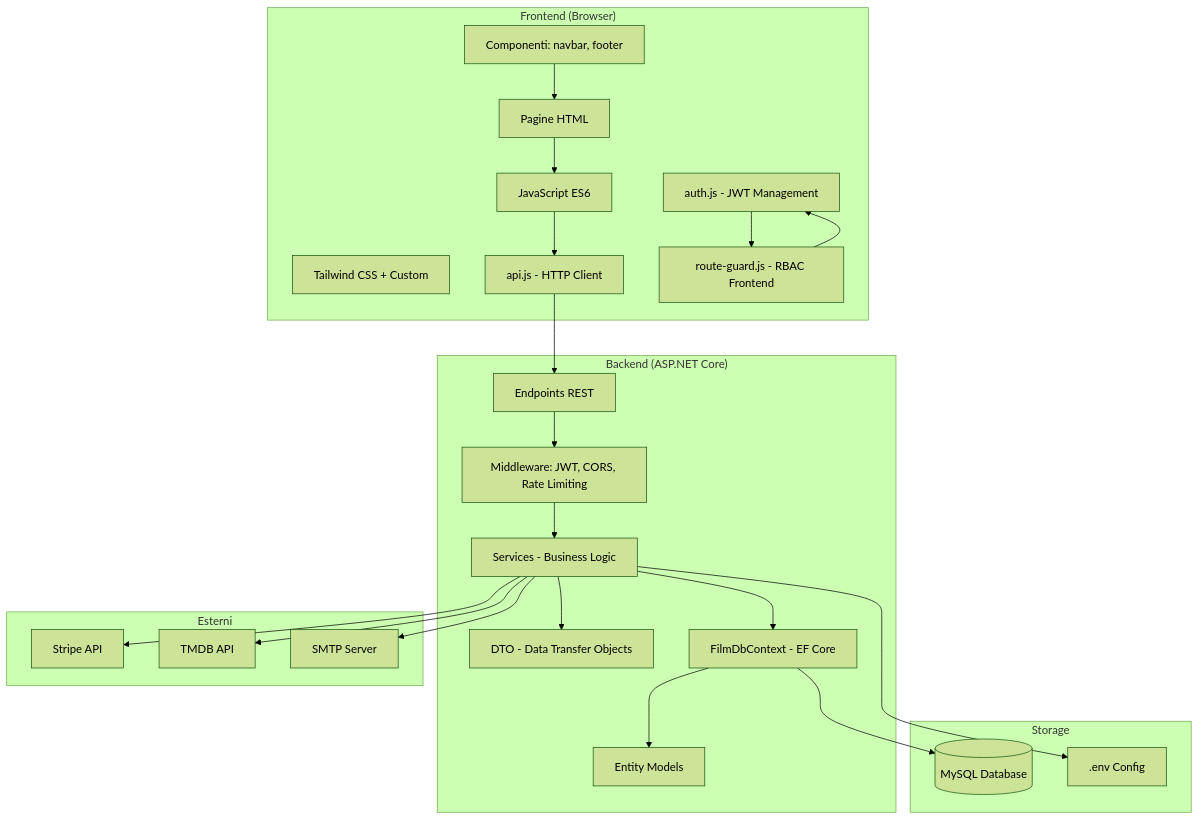
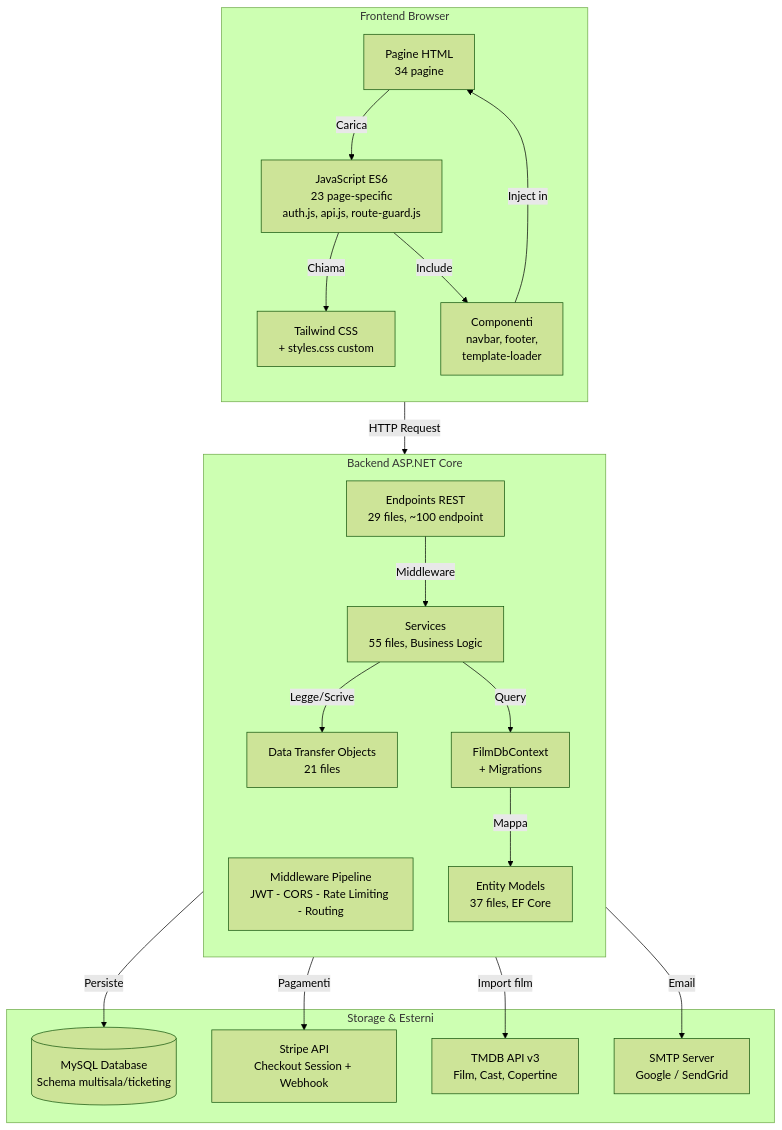
The first of 5 diagrams in film-app-dev_iteration_4/presentazione/01-architettura.md (RizzoThomas/esercizioopencodefilm), drawn with Mermaid (forest theme) before and after one commit. The commit also changed other lines of this file and 10 other files, not shown here.

Commit message:
docs: enhance presentazione with tables, pie charts, and detailed workflows

````diff
--- a/film-app-dev_iteration_4/presentazione/01-architettura.md
+++ b/film-app-dev_iteration_4/presentazione/01-architettura.md
@@ -28,51 +47,43 @@
 ```mermaid
 graph TB
-    subgraph "Frontend (Browser)"
-        HTML[Pagine HTML]
-        JS[JavaScript ES6]
-        CSS[Tailwind CSS + Custom]
-        AUTH[auth.js - JWT Management]
-        API[api.js - HTTP Client]
-        ROUTE[route-guard.js - RBAC Frontend]
-        COMP[Componenti: navbar, footer]
+    subgraph "Frontend Browser"
+        direction TB
+        HTML["Pagine HTML<br/>34 pagine"]
+        JS["JavaScript ES6<br/>23 page-specific<br/>auth.js, api.js, route-guard.js"]
+        CSS["Tailwind CSS<br/>+ styles.css custom"]
+        COMP["Componenti<br/>navbar, footer,<br/>template-loader"]
     end
 
-    subgraph "Backend (ASP.NET Core)"
-        API_END[Endpoints REST]
-        SVC[Services - Business Logic]
-        DTO[DTO - Data Transfer Objects]
-        MODEL[Entity Models]
-        DBCTX[FilmDbContext - EF Core]
-        MIDDL[Middleware: JWT, CORS, Rate Limiting]
+    subgraph "Backend ASP.NET Core"
+        direction TB
+        PRES[Middleware Pipeline<br/>JWT - CORS - Rate Limiting - Routing]
+        EP[Endpoints REST<br/>29 files, ~100 endpoint]
+        SVC[Services<br/>55 files, Business Logic]
+        DTO[Data Transfer Objects<br/>21 files]
+        MODEL[Entity Models<br/>37 files, EF Core]
+        DBCTX[FilmDbContext<br/>+ Migrations]
     end
 
-    subgraph "Storage"
-        MYSQL[(MySQL Database)]
-        ENV[.env Config]
+    subgraph "Storage & Esterni"
+        DB[(MySQL Database<br/>Schema multisala/ticketing)]
+        STRIPE["Stripe API<br/>Checkout Session + Webhook"]
+        TMDB["TMDB API v3<br/>Film, Cast, Copertine"]
+        SMTP["SMTP Server<br/>Google / SendGrid"]
     end
 
-    subgraph "Esterni"
-        STRIPE[Stripe API]
-        TMDB[TMDB API]
-        SMTP[SMTP Server]
-    end
+    HTML -->|Carica| JS
+    JS -->|Chiama| CSS
+    JS -->|Include| COMP
+    COMP -->|Inject in| HTML
 
-    HTML --> JS
-    JS --> API
-    API --> API_END
-    AUTH --> ROUTE
-    ROUTE --> AUTH
-    COMP --> HTML
+    JS -->|HTTP Request| EP
+    EP -->|Middleware| SVC
+    SVC -->|Legge/Scrive| DTO
+    SVC -->|Query| DBCTX
+    DBCTX -->|Mappa| MODEL
+    DBCTX -->|Persiste| DB
 
-    API_END --> MIDDL
-    MIDDL --> SVC
-    SVC --> DTO
-    SVC --> DBCTX
-    DBCTX --> MODEL
-    DBCTX --> MYSQL
-
-    SVC --> STRIPE
-    SVC --> TMDB
-    SVC --> SMTP
-    SVC --> ENV
+    SVC -->|Pagamenti| STRIPE
+    SVC -->|Import film| TMDB
+    SVC -->|Email| SMTP
 ```
````
